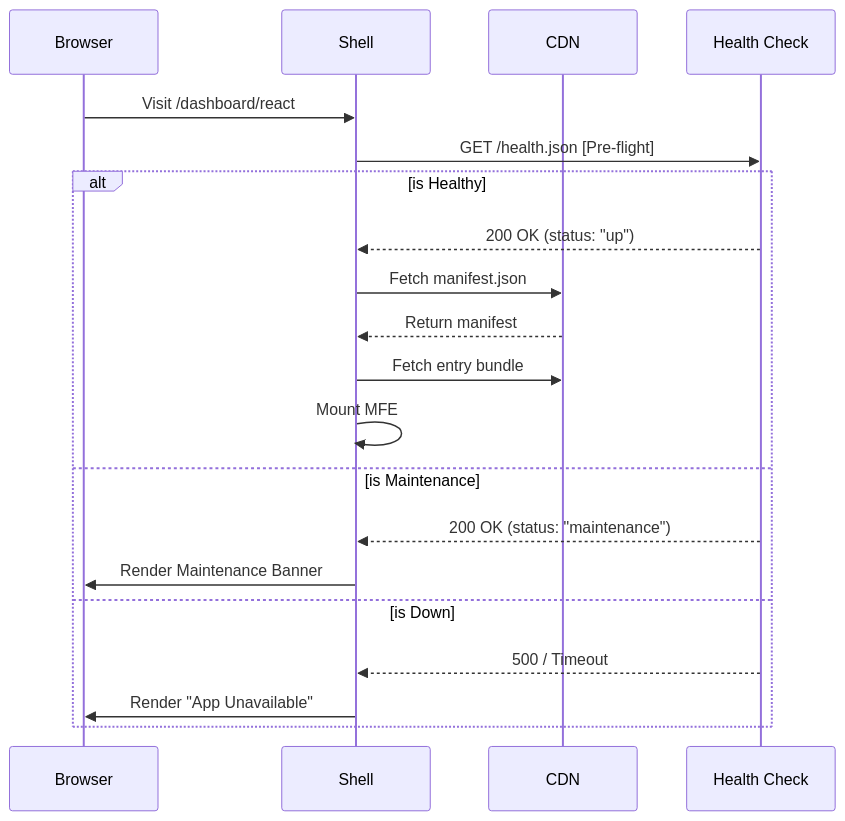
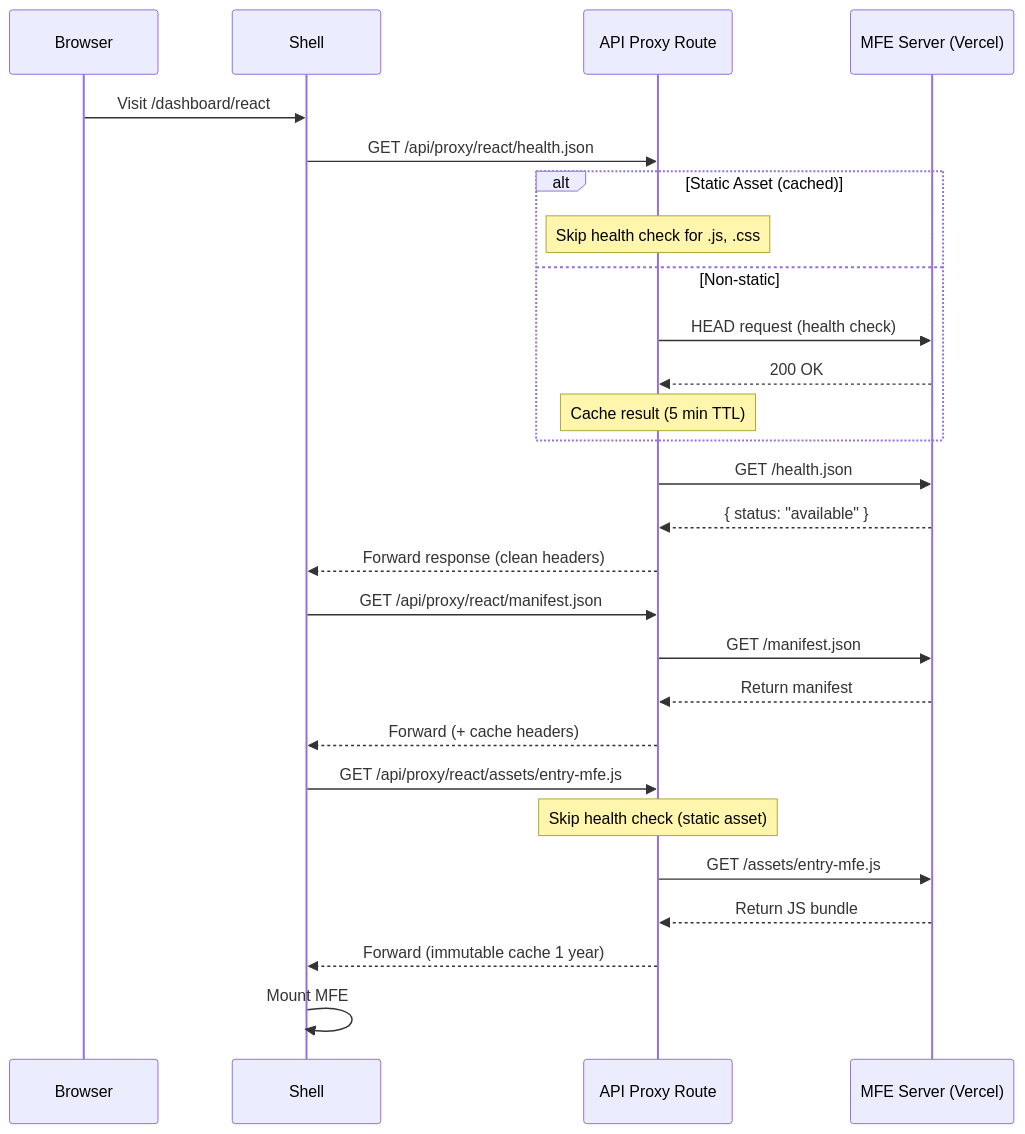
Before and after one commit to tian972k/micro-fontend-base: the third of 5 diagrams in docs/ARCHITECTURE.md, drawn with Mermaid. The commit also changed other lines of this file and 3 other files, not shown here.

First line of the commit message:
docs: update documentation with API proxy pattern for Vercel deployment

````diff
--- a/docs/ARCHITECTURE.md
+++ b/docs/ARCHITECTURE.md
@@ -109,24 +109,35 @@
 ```mermaid
 sequenceDiagram
     participant Browser
     participant Shell
-    participant CDN
-    participant Health as Health Check
+    participant Proxy as API Proxy Route
+    participant MFE as MFE Server (Vercel)
 
     Browser->>Shell: Visit /dashboard/react
-    Shell->>Health: GET /health.json [Pre-flight]
+    Shell->>Proxy: GET /api/proxy/react/health.json
 
-    alt is Healthy
-        Health-->>Shell: 200 OK (status: "up")
-        Shell->>CDN: Fetch manifest.json
-        CDN-->>Shell: Return manifest
-        Shell->>CDN: Fetch entry bundle
-        Shell->>Shell: Mount MFE
-    else is Maintenance
-        Health-->>Shell: 200 OK (status: "maintenance")
-        Shell->>Browser: Render Maintenance Banner
-    else is Down
-        Health-->>Shell: 500 / Timeout
-        Shell->>Browser: Render "App Unavailable"
+    alt Static Asset (cached)
+        Note over Proxy: Skip health check for .js, .css
+    else Non-static
+        Proxy->>MFE: HEAD request (health check)
+        MFE-->>Proxy: 200 OK
+        Note over Proxy: Cache result (5 min TTL)
     end
+
+    Proxy->>MFE: GET /health.json
+    MFE-->>Proxy: { status: "available" }
+    Proxy-->>Shell: Forward response (clean headers)
+
+    Shell->>Proxy: GET /api/proxy/react/manifest.json
+    Proxy->>MFE: GET /manifest.json
+    MFE-->>Proxy: Return manifest
+    Proxy-->>Shell: Forward (+ cache headers)
+
+    Shell->>Proxy: GET /api/proxy/react/assets/entry-mfe.js
+    Note over Proxy: Skip health check (static asset)
+    Proxy->>MFE: GET /assets/entry-mfe.js
+    MFE-->>Proxy: Return JS bundle
+    Proxy-->>Shell: Forward (immutable cache 1 year)
+
+    Shell->>Shell: Mount MFE
 ```
````
